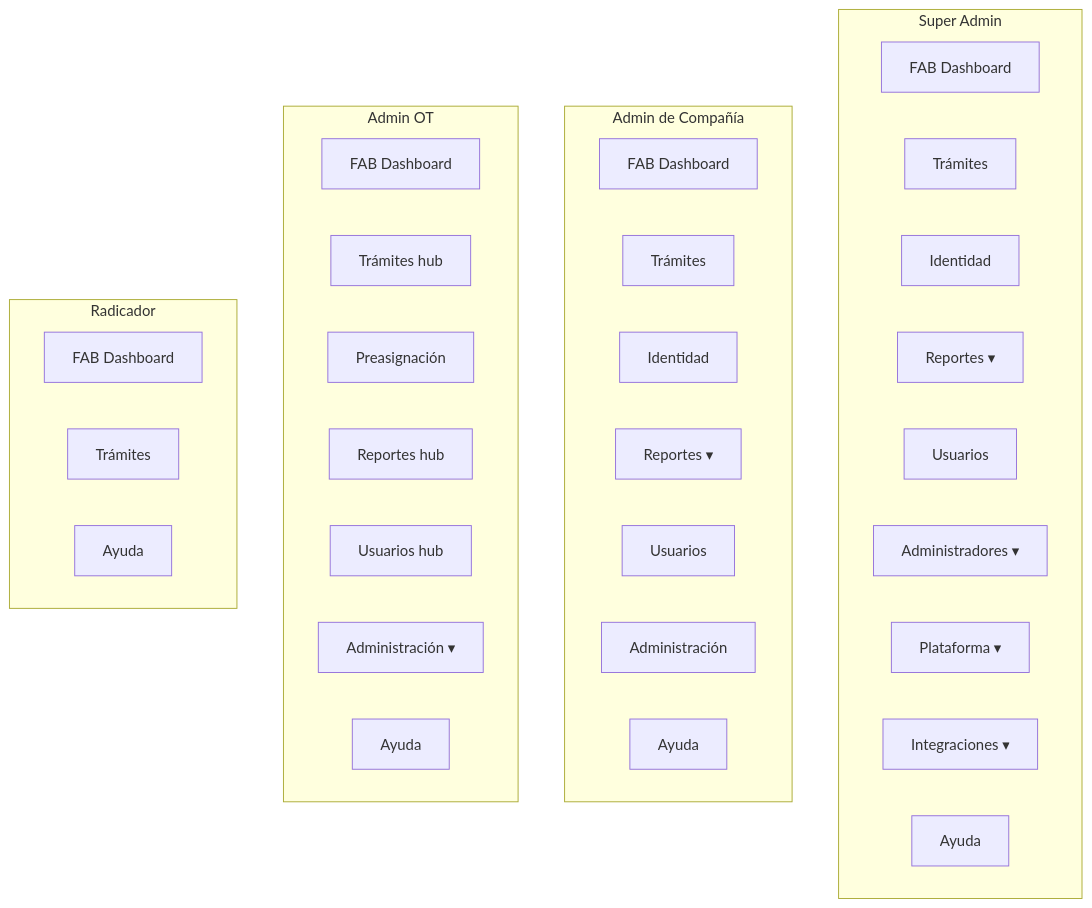
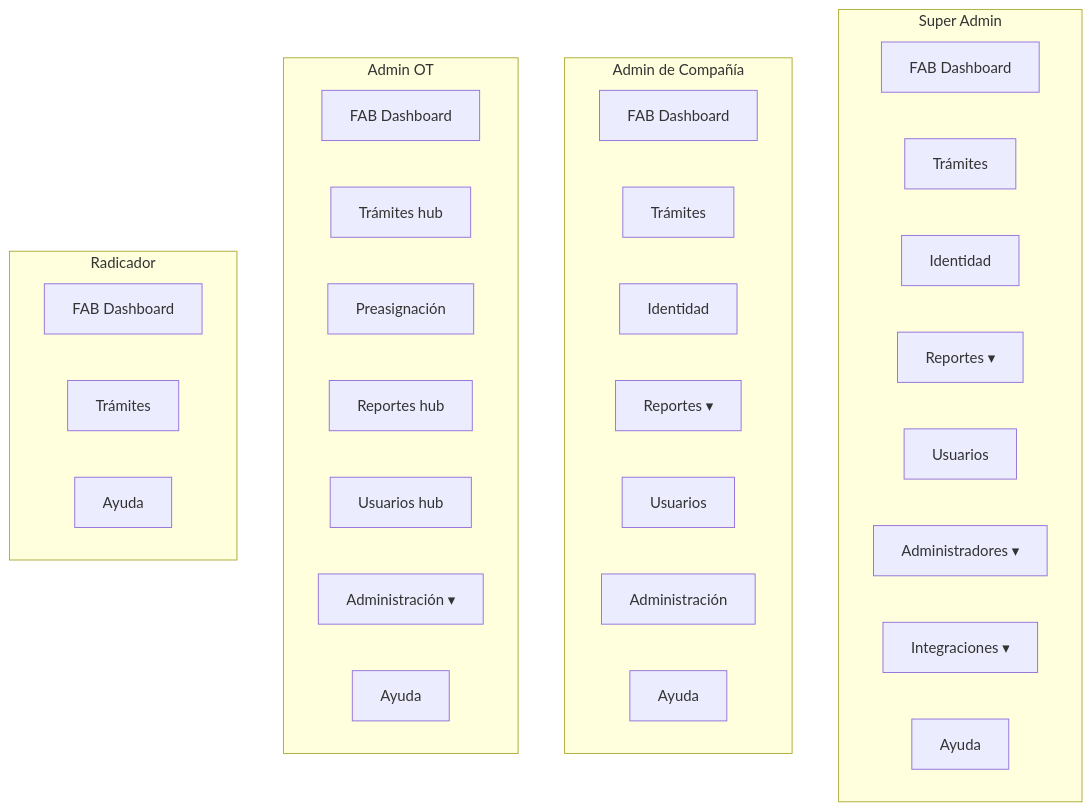
Before and after one commit to flitsas/flit: the diagram in docs/arbol-menu-por-rol.md, drawn with Mermaid. The commit also changed other lines of this file and 6 other files, not shown here.

````diff
--- a/docs/arbol-menu-por-rol.md
+++ b/docs/arbol-menu-por-rol.md
@@ -317,40 +315,39 @@
 ```mermaid
 flowchart TB
   subgraph SA["Super Admin"]
     SA_FAB[FAB Dashboard]
     SA_T[Trámites]
     SA_I[Identidad]
     SA_R[Reportes ▾]
     SA_U[Usuarios]
     SA_A[Administradores ▾]
-    SA_P[Plataforma ▾]
     SA_INT[Integraciones ▾]
     SA_H[Ayuda]
   end
 
   subgraph AC["Admin de Compañía"]
     AC_FAB[FAB Dashboard]
     AC_T[Trámites]
     AC_I[Identidad]
     AC_R[Reportes ▾]
     AC_U[Usuarios]
     AC_ADM[Administración]
     AC_H[Ayuda]
   end
 
   subgraph OT["Admin OT"]
     OT_FAB[FAB Dashboard]
     OT_T[Trámites hub]
     OT_P[Preasignación]
     OT_R[Reportes hub]
     OT_U[Usuarios hub]
     OT_ADM[Administración ▾]
     OT_H[Ayuda]
   end
 
   subgraph RAD["Radicador"]
     RAD_FAB[FAB Dashboard]
     RAD_T[Trámites]
     RAD_H[Ayuda]
   end
 ```
````
